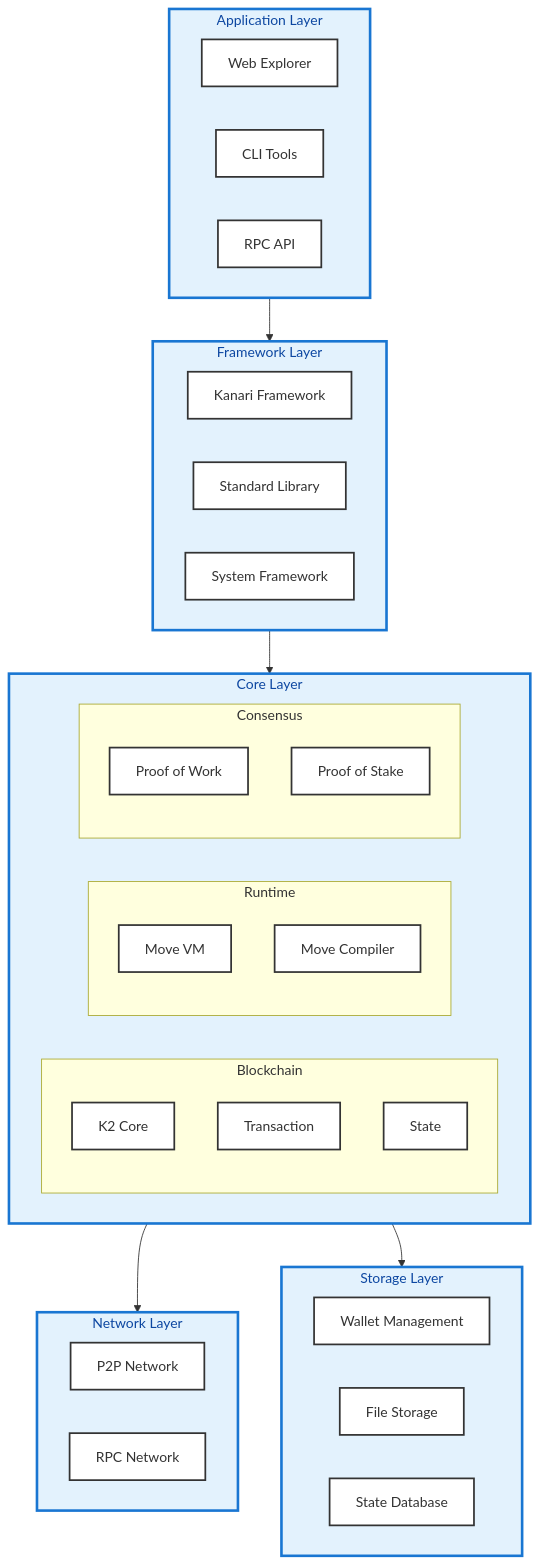
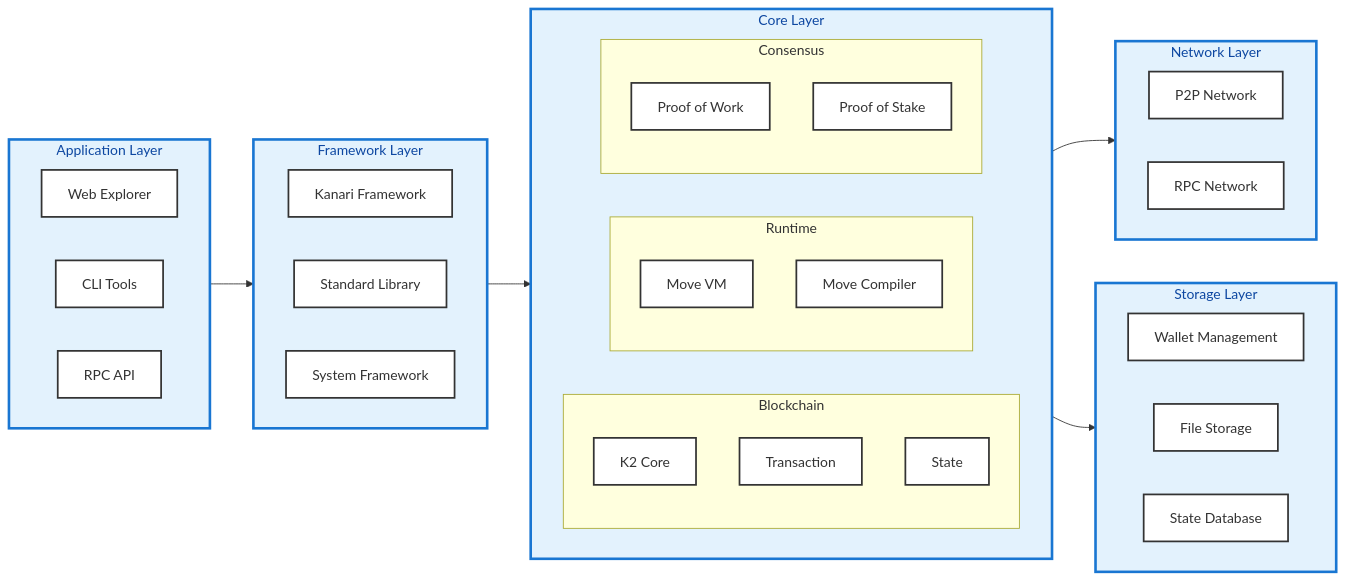
The diagram in README.md (kanari-network/kanari-sdk), drawn with Mermaid before and after one commit.

Commit message:
Update architecture diagram in README to use left-to-right flow and improve layer organization

````diff
--- a/README.md
+++ b/README.md
@@ -5,59 +5,64 @@
 ```mermaid
-flowchart TB
+flowchart LR
     %% Main Layers
     subgraph Application["Application Layer"]
+        direction LR
         WebExplorer["Web Explorer"]
         CLI["CLI Tools"]
         RPC["RPC API"]
     end
 
     subgraph Framework["Framework Layer"]
+        direction LR
         KanariFramework["Kanari Framework"]
         StandardLib["Standard Library"]
         SystemFramework["System Framework"]
     end
 
     subgraph Core["Core Layer"]
+        direction LR
         subgraph Blockchain
             K2Core["K2 Core"]
             Transaction
             State
         end
         
         subgraph Runtime
             MoveVM["Move VM"]
             MoveCompiler["Move Compiler"]
         end
 
         subgraph Consensus
             PoW["Proof of Work"]
             PoS["Proof of Stake"]
         end
     end
 
     subgraph Network["Network Layer"]
+        direction LR
         P2P["P2P Network"]
         RPCNetwork["RPC Network"]
     end
 
     subgraph Storage["Storage Layer"]
+        direction LR
         WalletMgmt["Wallet Management"]
         FileStorage["File Storage"]
         StateDB["State Database"]
     end
 
     %% Relationships
     Application --> Framework
     Framework --> Core
     Core --> Network
     Core --> Storage
 
     %% Styling
     classDef default fill:#ffffff,stroke:#333,stroke-width:2px,color:#333
     classDef layer fill:#e3f2fd,stroke:#1976d2,stroke-width:3px,color:#0d47a1
     classDef critical fill:#fff8e1,stroke:#ffa000,stroke-width:3px,color:#ff6f00
     classDef storage fill:#e8f5e9,stroke:#388e3c,stroke-width:2px,color:#1b5e20
     classDef network fill:#fce4ec,stroke:#c2185b,stroke-width:2px,color:#880e4f
     class Application,Framework,Core,Network,Storage layer
    
 ```
````
